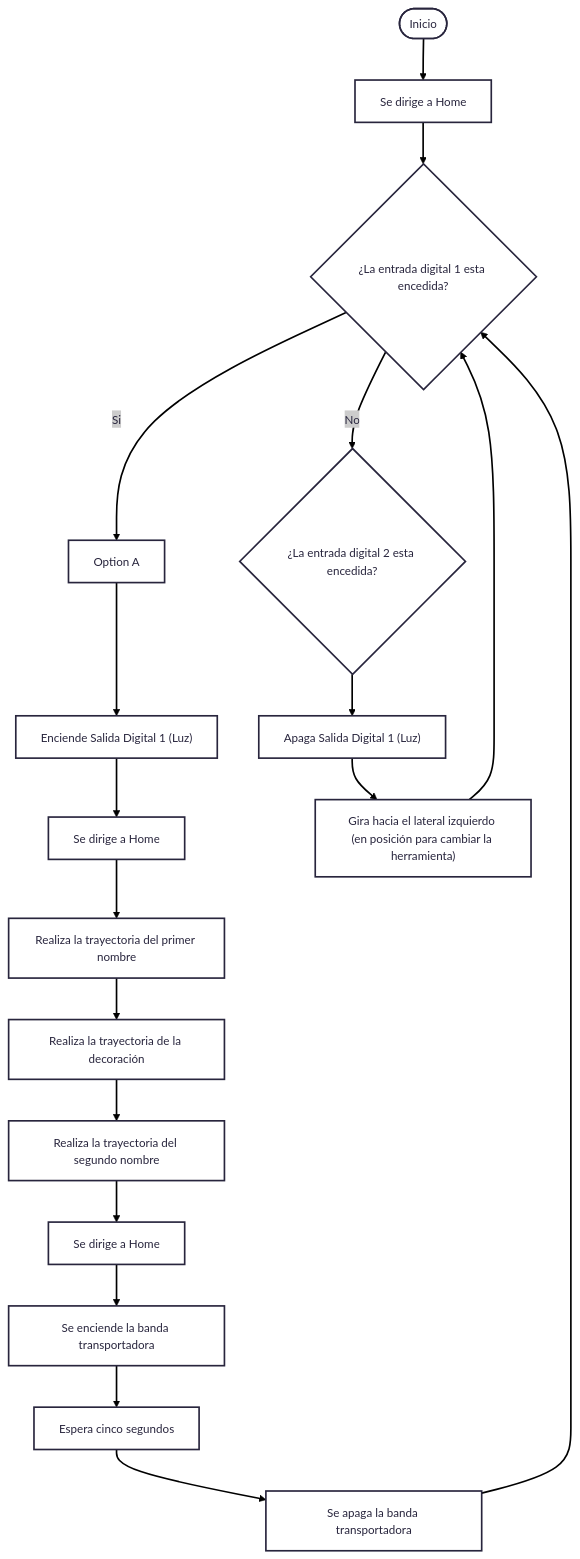
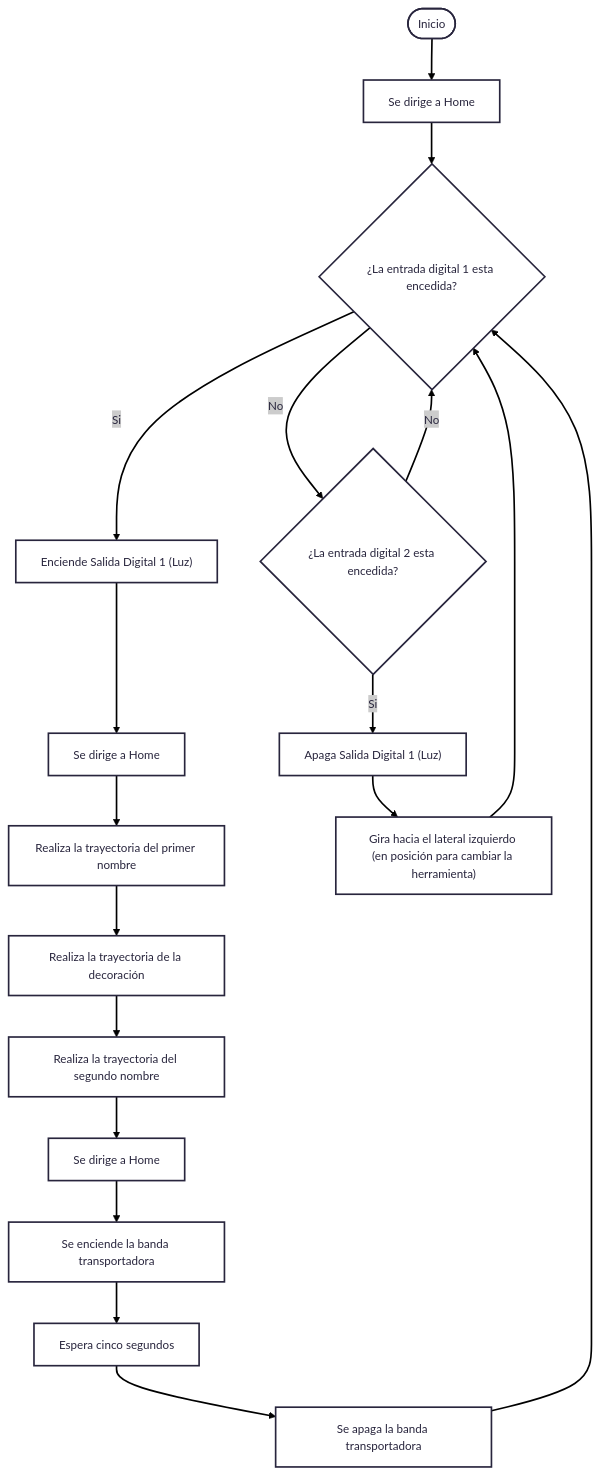
One commit to jordoneze/Rob-tica_Labs_Guevara_Ordo-ez changed the diagram in Laboratorio 2/README.md. Above: the diagram before and after it, drawn with Mermaid.

````diff
--- a/Laboratorio 2/README.md
+++ b/Laboratorio 2/README.md
@@ -15,25 +15,26 @@
 ```mermaid
 ---
 config:
   theme: redux
+  layout: dagre
 ---
 flowchart TD
     A(["Inicio"]) --> B_1["Se dirige a Home"]
     B_1 --> B{"¿La entrada digital 1 esta encedida?"}
-    B -- Si --> C["Option A"]
     B -- No --> D{"¿La entrada digital 2 esta encedida?"}
-    C --> E["Enciende Salida Digital 1 (Luz)"]
+    B -- Si --> E["Enciende Salida Digital 1 (Luz)"]
     E --> F["Se dirige a Home"]
     F  --> G["Realiza la trayectoria del primer nombre"]
     G  --> H["Realiza la trayectoria de la decoración"]
     H  --> I["Realiza la trayectoria del segundo nombre"]
     I --> J["Se dirige a Home"]
     J --> K["Se enciende la banda transportadora"]
     K --> L["Espera cinco segundos"]
     L --> M["Se apaga la banda transportadora"]
 
-    D --> N["Apaga Salida Digital 1 (Luz)"]
+    D -- No -->B
+    D -- Si --> N["Apaga Salida Digital 1 (Luz)"]
     N --> Ñ["Gira hacia el lateral izquierdo (en posición para cambiar la herramienta)"]
     Ñ-->B
     M-->B
 ```
````
